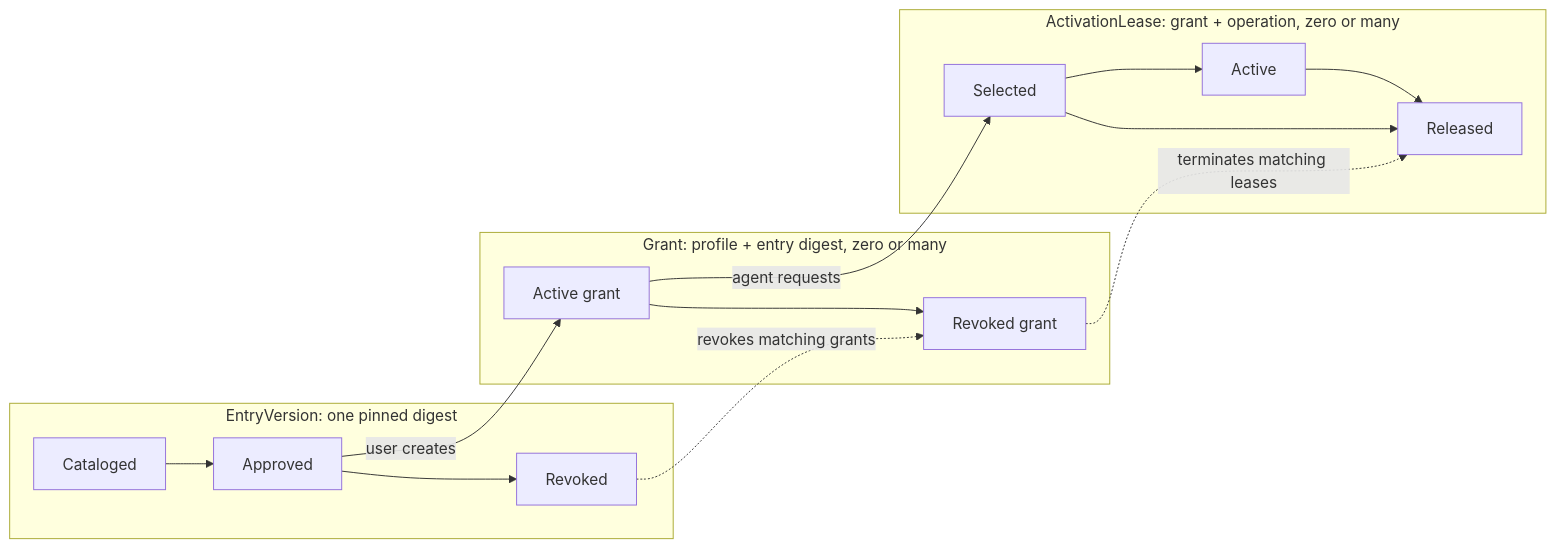
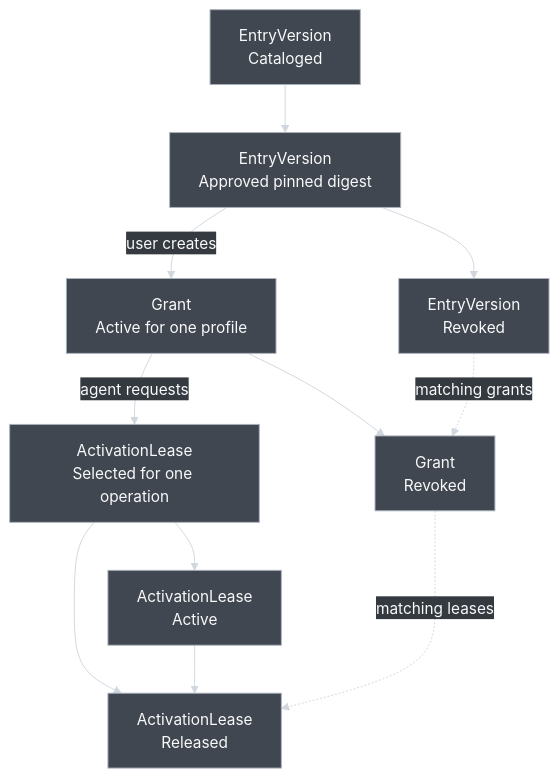
The fourth of 6 diagrams in architecture.md (nsnguyen/ai-stock-forum), drawn with Mermaid before and after one commit. The commit also changed other lines of this file and 1 other file, not shown here.

Commit message:
docs: make full-screen TUI part of version 1

````diff
--- a/architecture.md
+++ b/architecture.md
@@ -386,20 +593,35 @@
 ```mermaid
-flowchart LR
-    subgraph E["EntryVersion: one pinned digest"]
-        Cataloged --> Approved --> EntryRevoked["Revoked"]
-    end
-
-    subgraph G["Grant: profile + entry digest, zero or many"]
-        GrantActive["Active grant"] --> GrantRevoked["Revoked grant"]
-    end
-
-    subgraph L["ActivationLease: grant + operation, zero or many"]
-        Selected --> Active --> Released
-        Selected --> Released
-    end
-
-    Approved -->|"user creates"| GrantActive
-    GrantActive -->|"agent requests"| Selected
-    EntryRevoked -.->|"revokes matching grants"| GrantRevoked
-    GrantRevoked -.->|"terminates matching leases"| Released
+---
+config:
+  theme: base
+  themeCSS: "svg { background-color: #2B2F36 !important; }"
+  themeVariables:
+    darkMode: true
+    background: "#2B2F36"
+    primaryColor: "#414750"
+    primaryTextColor: "#F8F9FA"
+    primaryBorderColor: "#AAB2BD"
+    secondaryColor: "#343A40"
+    secondaryTextColor: "#F8F9FA"
+    secondaryBorderColor: "#9AA4AF"
+    tertiaryColor: "#4B525C"
+    tertiaryTextColor: "#FFFFFF"
+    tertiaryBorderColor: "#C5CCD3"
+    lineColor: "#D0D7DE"
+    textColor: "#F8F9FA"
+    edgeLabelBackground: "#343A40"
+    clusterBkg: "#30353C"
+    clusterBorder: "#8C959F"
+---
+flowchart TB
+    Cataloged["EntryVersion<br/>Cataloged"] --> Approved["EntryVersion<br/>Approved pinned digest"]
+    Approved -->|"user creates"| GrantActive["Grant<br/>Active for one profile"]
+    GrantActive -->|"agent requests"| Selected["ActivationLease<br/>Selected for one operation"]
+    Selected --> Active["ActivationLease<br/>Active"]
+    Selected --> Released["ActivationLease<br/>Released"]
+    Active --> Released
+    Approved --> EntryRevoked["EntryVersion<br/>Revoked"]
+    GrantActive --> GrantRevoked["Grant<br/>Revoked"]
+    EntryRevoked -.->|"matching grants"| GrantRevoked
+    GrantRevoked -.->|"matching leases"| Released
 ```
````
